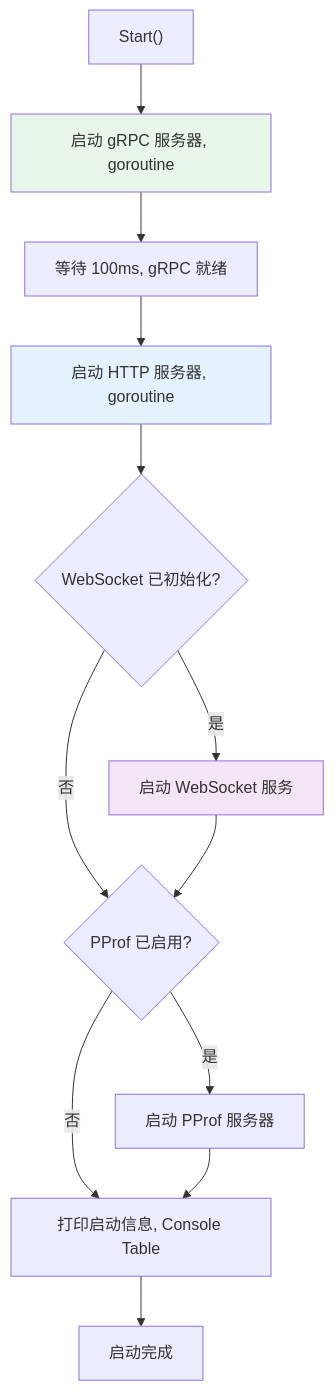
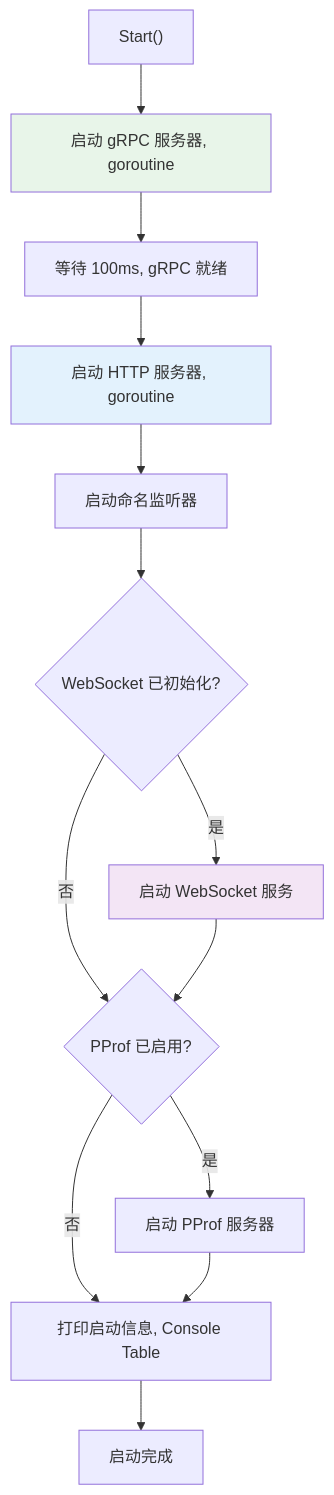
The first of 4 diagrams in docs/SERVER.md (kamalyes/go-rpc-gateway), drawn with Mermaid before and after one commit. The commit also changed other lines of this file and 20 other files, not shown here.

````diff
--- a/docs/SERVER.md
+++ b/docs/SERVER.md
@@ -232,18 +326,19 @@
 ```mermaid
 flowchart TD
     START["Start()"] --> GRPC["启动 gRPC 服务器, goroutine"]
     GRPC --> WAIT["等待 100ms, gRPC 就绪"]
     WAIT --> HTTP["启动 HTTP 服务器, goroutine"]
-    HTTP --> WS{"WebSocket 已初始化?"}
+    HTTP --> NL["启动命名监听器"]
+    NL --> WS{"WebSocket 已初始化?"}
     WS -->|是| WS_START["启动 WebSocket 服务"]
     WS -->|否| PPROF_CHECK
     WS_START --> PPROF_CHECK{"PProf 已启用?"}
     PPROF_CHECK -->|是| PPROF_START["启动 PProf 服务器"]
     PPROF_CHECK -->|否| BANNER
     PPROF_START --> BANNER["打印启动信息, Console Table"]
     BANNER --> DONE["启动完成"]
 
     style GRPC fill:#e8f5e9
     style HTTP fill:#e3f2fd
     style WS_START fill:#f3e5f5
 ```
````
